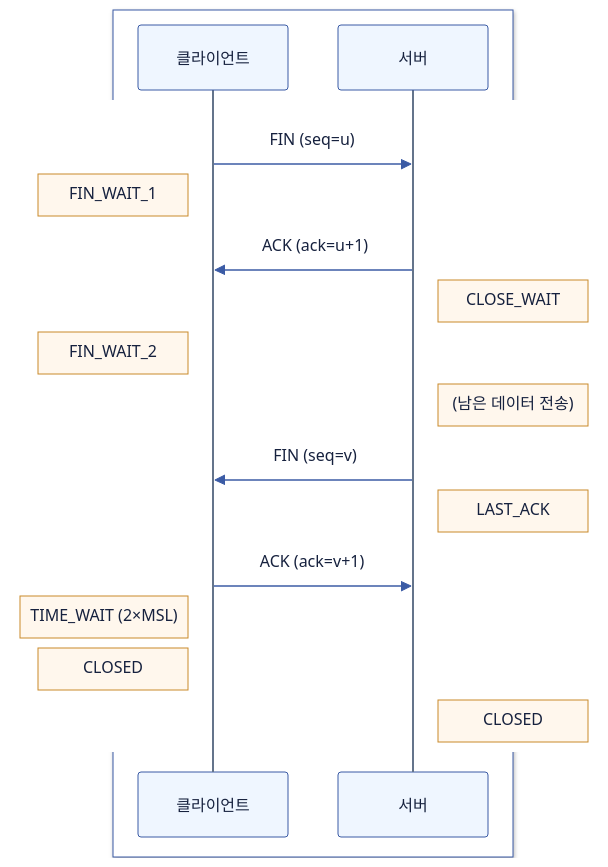
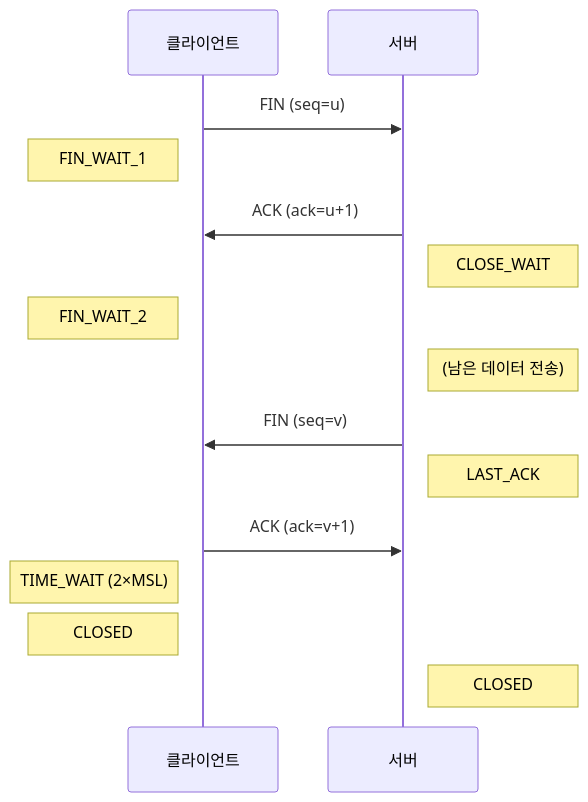
One commit to Hyune-s-lab/my-ai-study changed the third of 5 diagrams in computer-science/2607-network-fundamentals.md. Above: the diagram before and after it, drawn with Mermaid. The commit also changed other lines of this file and 49 other files, not shown here.

Commit message:
docs: 단순 다이어그램은 Mermaid로, 복잡한 배치는 SVG로 정리

````diff
--- a/computer-science/2607-network-fundamentals.md
+++ b/computer-science/2607-network-fundamentals.md
@@ -94,22 +81,17 @@
 ```mermaid
 sequenceDiagram
-%%{init: {"theme": "base", "darkMode": false, "themeVariables": {"background": "#ffffff", "primaryColor": "#EFF6FF", "primaryTextColor": "#16213E", "primaryBorderColor": "#3B5BA5", "secondaryColor": "#F0FDF4", "tertiaryColor": "#FAF5FF", "lineColor": "#3B5BA5", "textColor": "#16213E", "edgeLabelBackground": "#ffffff", "actorBkg": "#EFF6FF", "actorBorder": "#3B5BA5", "actorTextColor": "#16213E", "signalColor": "#3B5BA5", "signalTextColor": "#16213E", "noteBkgColor": "#FFF7ED", "noteBorderColor": "#C98A2B", "noteTextColor": "#16213E", "labelBoxBkgColor": "#EFF6FF", "labelTextColor": "#16213E", "loopTextColor": "#16213E", "actorLineColor": "#64748B", "labelBoxBorderColor": "#3B5BA5"}}}%%
-  box rgb(255, 255, 255)
-    participant C as 클라이언트
-    participant S as 서버
-  end
-  rect rgb(255, 255, 255)
-    C->>S: FIN (seq=u)
-    Note left of C: FIN_WAIT_1
-    S->>C: ACK (ack=u+1)
-    Note right of S: CLOSE_WAIT
-    Note left of C: FIN_WAIT_2
-    Note right of S: (남은 데이터 전송)
-    S->>C: FIN (seq=v)
-    Note right of S: LAST_ACK
-    C->>S: ACK (ack=v+1)
-    Note left of C: TIME_WAIT (2×MSL)
-    Note left of C: CLOSED
-    Note right of S: CLOSED
-  end
+  participant C as 클라이언트
+  participant S as 서버
+  C->>S: FIN (seq=u)
+  Note left of C: FIN_WAIT_1
+  S->>C: ACK (ack=u+1)
+  Note right of S: CLOSE_WAIT
+  Note left of C: FIN_WAIT_2
+  Note right of S: (남은 데이터 전송)
+  S->>C: FIN (seq=v)
+  Note right of S: LAST_ACK
+  C->>S: ACK (ack=v+1)
+  Note left of C: TIME_WAIT (2×MSL)
+  Note left of C: CLOSED
+  Note right of S: CLOSED
 ```
````
